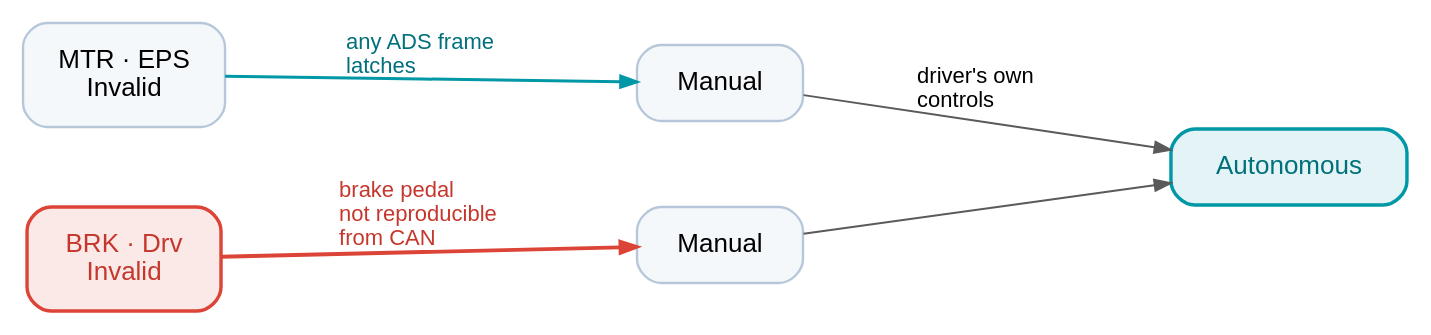
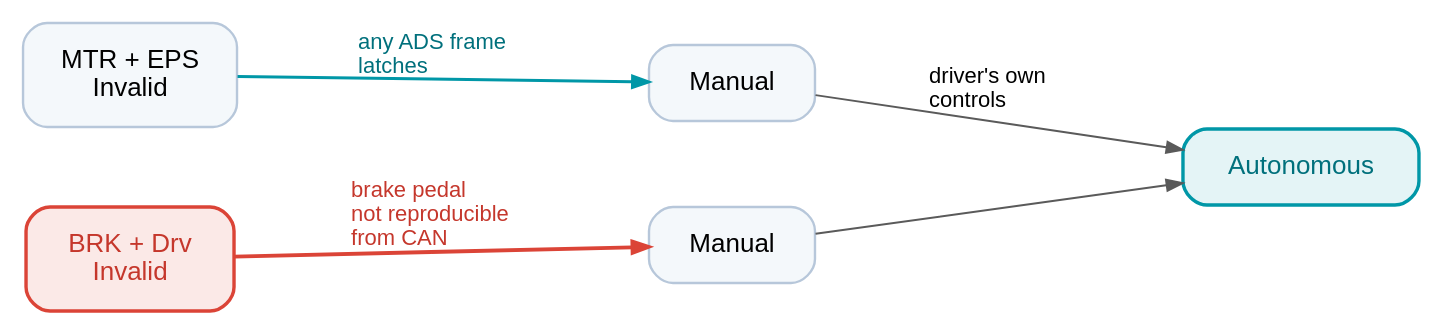
One commit to NEWSLabNTU/2026-golf-cart changed the diagram in docs/reports/assets/vcu_states.dot. Above: the diagram before and after it, drawn with Graphviz. The commit also changed 5 other files, not shown here.

```diff
--- a/docs/reports/assets/vcu_states.dot
+++ b/docs/reports/assets/vcu_states.dot
@@ -1,31 +1,31 @@
 // Slide: the VCU decides engage, and one transition we cannot trigger.
 // Two lanes, three columns. The sentence about what the interface does while
 // waiting belongs in the slide prose, not in a node -- as a node it stretched
 // the figure to a 9:1 strip that no 16:9 slide can use.
 //   dot -Tpng -Gdpi=150 vcu_states.dot -o vcu_states.png
 digraph vcu {
   rankdir=LR; bgcolor="white"; nodesep=0.55; ranksep=1.5;
   fontname="Helvetica";
   node [shape=box, style="rounded,filled", fontname="Helvetica", fontsize=13,
         color="#B7C7DA", fillcolor="#f4f8fb", penwidth=1.2, margin="0.24,0.16"];
   edge [fontname="Helvetica", fontsize=11, color="#5a5a5a", arrowsize=0.8];
 
   { rank=same;
-    i1 [label="MTR · EPS\nInvalid"];
-    i2 [label="BRK · Drv\nInvalid", color="#DB4437", fillcolor="#FBE9E7",
+    i1 [label="MTR + EPS\nInvalid"];
+    i2 [label="BRK + Drv\nInvalid", color="#DB4437", fillcolor="#FBE9E7",
         fontcolor="#C5372C", penwidth=1.7];
   }
   { rank=same;
     m1 [label="Manual"];
     m2 [label="Manual"];
   }
   auto [label="Autonomous", fillcolor="#E4F4F6", color="#0097A7",
         fontcolor="#00707C", penwidth=1.7];
 
   i1 -> m1 [label="  any ADS frame\l  latches\l",
             color="#0097A7", fontcolor="#00707C", penwidth=1.5];
   i2 -> m2 [label="  brake pedal\l  not reproducible\l  from CAN\l",
             color="#DB4437", fontcolor="#C5372C", style=bold, penwidth=1.9];
   m1 -> auto [label="  driver's own\l  controls\l"];
   m2 -> auto;
 }
```
